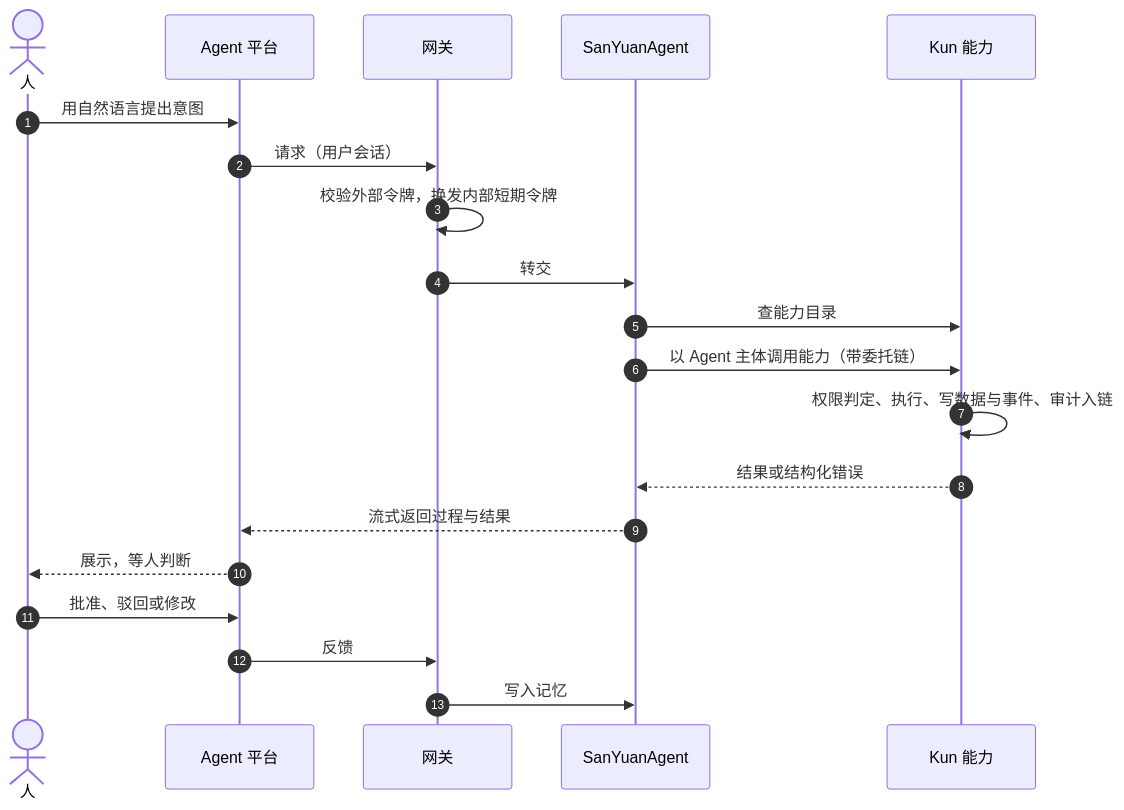
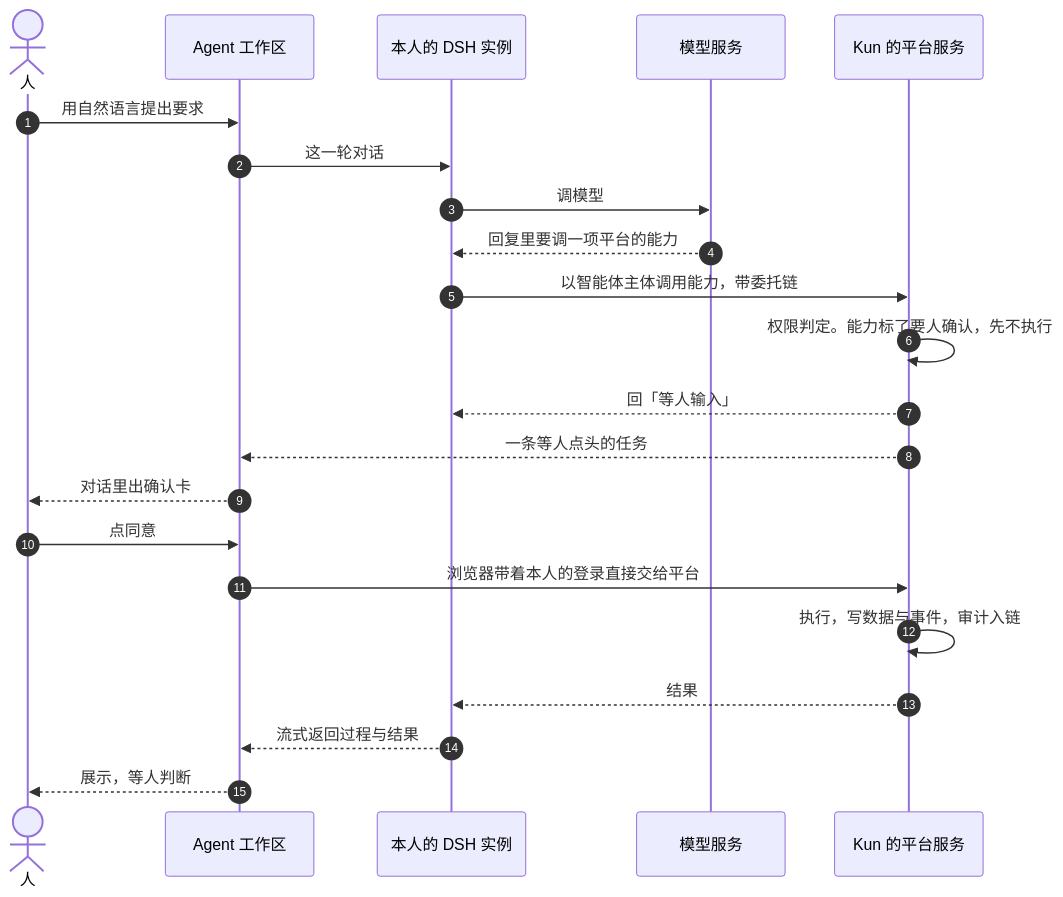
One commit to CavaiLAB/jiangxin changed the second of 2 diagrams in docs/02-architecture.md. Above: the diagram before and after it, drawn with Mermaid. The commit also changed other lines of this file and 19 other files, not shown here.

````diff
--- a/docs/02-architecture.md
+++ b/docs/02-architecture.md
@@ -96,22 +133,24 @@
 ```mermaid
 sequenceDiagram
   autonumber
   actor P as 人
-  participant Q as Agent 平台
-  participant G as 网关
-  participant A as SanYuanAgent
-  participant K as Kun 能力
-  P->>Q: 用自然语言提出意图
-  Q->>G: 请求（用户会话）
-  G->>G: 校验外部令牌，换发内部短期令牌
-  G->>A: 转交
-  A->>K: 查能力目录
-  A->>K: 以 Agent 主体调用能力（带委托链）
-  K->>K: 权限判定、执行、写数据与事件、审计入链
-  K-->>A: 结果或结构化错误
-  A-->>Q: 流式返回过程与结果
-  Q-->>P: 展示，等人判断
-  P->>Q: 批准、驳回或修改
-  Q->>G: 反馈
-  G->>A: 写入记忆
+  participant W as Agent 工作区
+  participant R as 本人的 DSH 实例
+  participant M as 模型服务
+  participant K as Kun 的平台服务
+  P->>W: 用自然语言提出要求
+  W->>R: 这一轮对话
+  R->>M: 调模型
+  M-->>R: 回复里要调一项平台的能力
+  R->>K: 以智能体主体调用能力，带委托链
+  K->>K: 权限判定。能力标了要人确认，先不执行
+  K-->>R: 回「等人输入」
+  K-->>W: 一条等人点头的任务
+  W-->>P: 对话里出确认卡
+  P->>W: 点同意
+  W->>K: 浏览器带着本人的登录直接交给平台
+  K->>K: 执行，写数据与事件，审计入链
+  K-->>R: 结果
+  R-->>W: 流式返回过程与结果
+  W-->>P: 展示，等人判断
 ```
````
